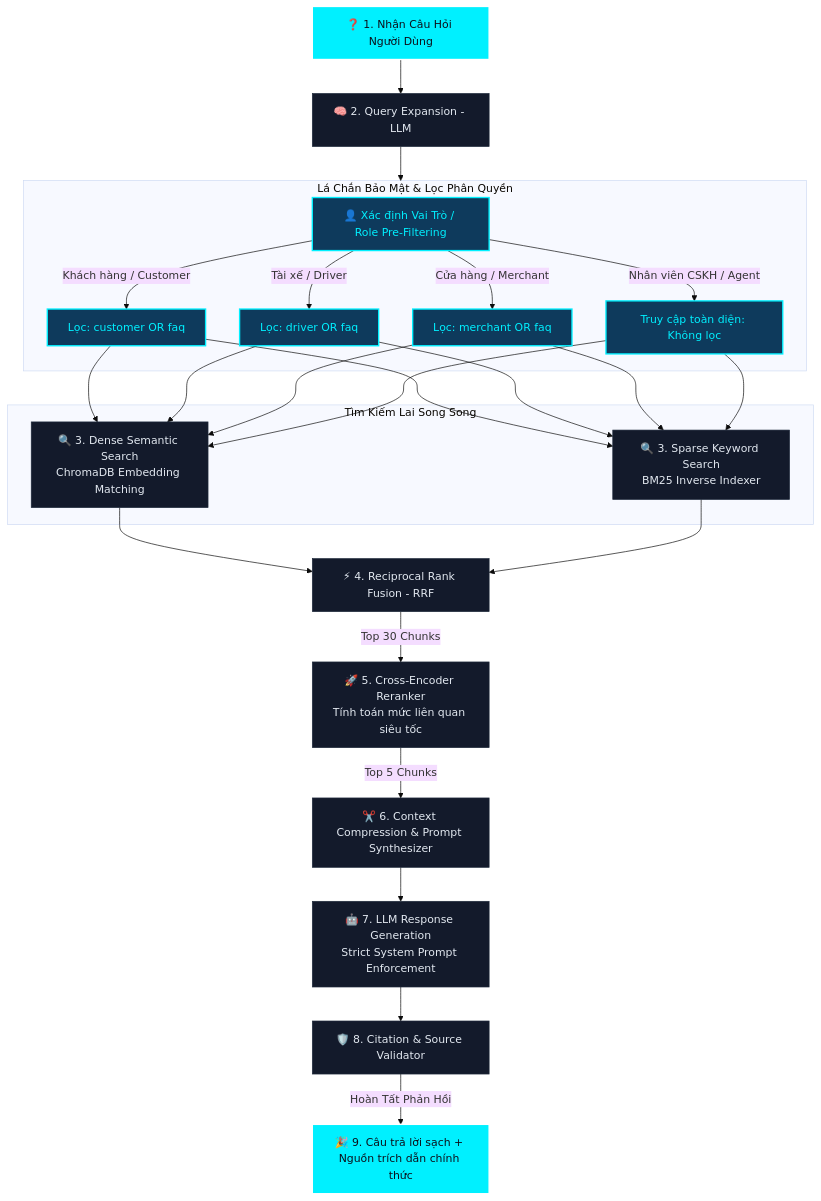
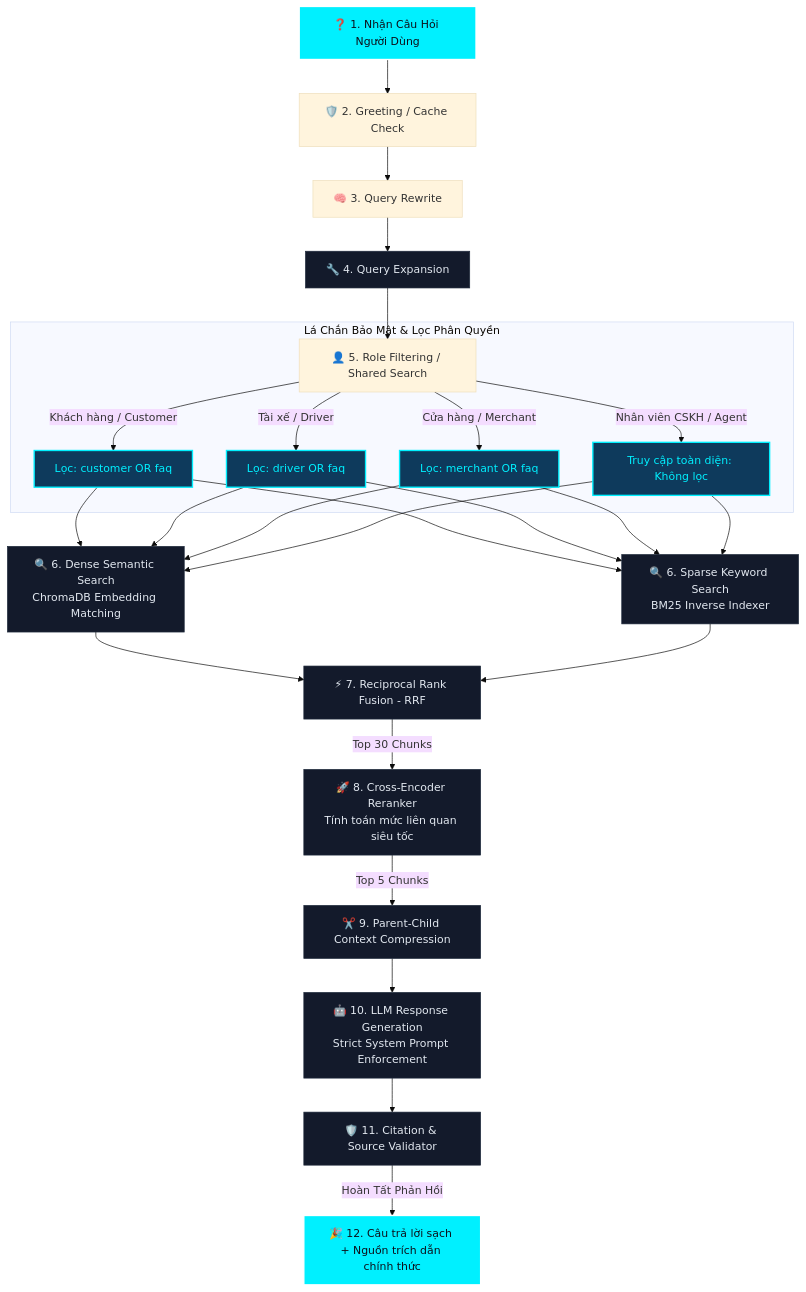
One commit to dungltcn272/XANH_SM_AI_ASSISTANT_V1 changed the diagram in MINDSET.md. Above: the diagram before and after it, drawn with Mermaid (base theme). The commit also changed other lines of this file and 25 other files, not shown here.

````diff
--- a/MINDSET.md
+++ b/MINDSET.md
@@ -13,40 +24,37 @@
 ```mermaid
 graph TD
     %% Nodes
-    Q[❓ 1. Nhận Câu Hỏi Người Dùng] --> QE[🧠 2. Query Expansion - LLM]
-    
+    Q[❓ 1. Nhận Câu Hỏi Người Dùng] --> Intercept[🛡️ 2. Greeting / Cache Check]
+    Intercept --> QR[🧠 3. Query Rewrite]
+    QR --> QE[🔧 4. Query Expansion]
+    QE --> SG[👤 5. Role Filtering / Shared Search]
+
     subgraph Security_Gate [Lá Chắn Bảo Mật & Lọc Phân Quyền]
-        R[👤 Xác định Vai Trò / Role Pre-Filtering]
-        R -->|Khách hàng / Customer| F_Cust[Lọc: customer OR faq]
-        R -->|Tài xế / Driver| F_Driv[Lọc: driver OR faq]
-        R -->|Cửa hàng / Merchant| F_Merc[Lọc: merchant OR faq]
-        R -->|Nhân viên CSKH / Agent| F_Agent[Truy cập toàn diện: Không lọc]
+        SG -->|Khách hàng / Customer| F_Cust[Lọc: customer OR faq]
+        SG -->|Tài xế / Driver| F_Driv[Lọc: driver OR faq]
+        SG -->|Cửa hàng / Merchant| F_Merc[Lọc: merchant OR faq]
+        SG -->|Nhân viên CSKH / Agent| F_Agent[Truy cập toàn diện: Không lọc]
     end
-    
-    QE --> Security_Gate
-    
-    subgraph Hybrid_Retrieval [Tìm Kiếm Lai Song Song]
-        F_Cust & F_Driv & F_Merc & F_Agent --> Dense[🔍 3. Dense Semantic Search<br>ChromaDB Embedding Matching]
-        F_Cust & F_Driv & F_Merc & F_Agent --> Sparse[🔍 3. Sparse Keyword Search<br>BM25 Inverse Indexer]
-    end
-    
-    Dense --> RRF[⚡ 4. Reciprocal Rank Fusion - RRF]
+
+    F_Cust & F_Driv & F_Merc & F_Agent --> Dense[🔍 6. Dense Semantic Search<br>ChromaDB Embedding Matching]
+    F_Cust & F_Driv & F_Merc & F_Agent --> Sparse[🔍 6. Sparse Keyword Search<br>BM25 Inverse Indexer]
+
+    Dense --> RRF[⚡ 7. Reciprocal Rank Fusion - RRF]
     Sparse --> RRF
-    
-    RRF -->|Top 30 Chunks| Rerank[🚀 5. Cross-Encoder Reranker<br>Tính toán mức liên quan siêu tốc]
-    Rerank -->|Top 5 Chunks| Compress[✂️ 6. Context Compression & Prompt Synthesizer]
-    
-    Compress --> LLM[🤖 7. LLM Response Generation<br>Strict System Prompt Enforcement]
-    LLM --> Citation[🛡️ 8. Citation & Source Validator]
-    
-    Citation -->|Hoàn Tất Phản Hồi| Answer[🎉 9. Câu trả lời sạch + Nguồn trích dẫn chính thức]
+
+    RRF -->|Top 30 Chunks| Rerank[🚀 8. Cross-Encoder Reranker<br>Tính toán mức liên quan siêu tốc]
+    Rerank -->|Top 5 Chunks| Compress[✂️ 9. Parent-Child Context Compression]
+    Compress --> LLM[🤖 10. LLM Response Generation<br>Strict System Prompt Enforcement]
+    LLM --> Citation[🛡️ 11. Citation & Source Validator]
+
+    Citation -->|Hoàn Tất Phản Hồi| Answer[🎉 12. Câu trả lời sạch + Nguồn trích dẫn chính thức]
 
     %% Styles
     classDef highlight fill:#00f0ff,stroke:#ffffff,stroke-width:2px,color:#0c101b;
     classDef security fill:#0e3a5c,stroke:#00f0ff,stroke-width:2px,color:#00f0ff;
     classDef standard fill:#131a2b,stroke:#1e293b,stroke-width:1px,color:#e2e8f0;
     
     class Q,Answer highlight;
     class R,F_Cust,F_Driv,F_Merc,F_Agent security;
     class QE,Dense,Sparse,RRF,Rerank,Compress,LLM,Citation standard;
 ```
````
